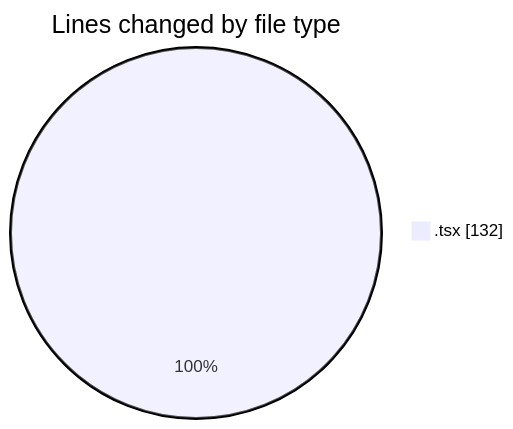
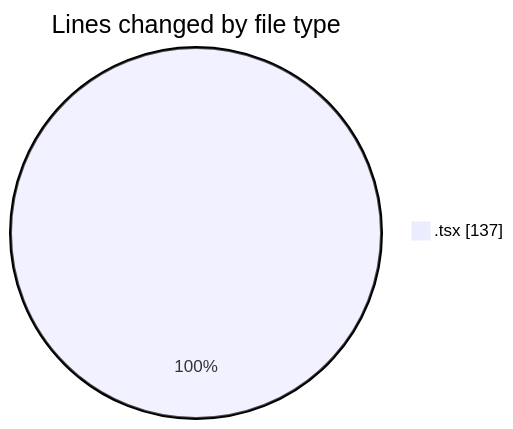
The first of 2 diagrams in 2025-10-10/eventscop-frontend-guide__workspace_/README.md (julien-gomy/code-tracking), drawn with Mermaid before and after one commit. The commit also changed other lines of this file and 1 other file, not shown here.

````diff
--- a/2025-10-10/eventscop-frontend-guide__workspace_/README.md
+++ b/2025-10-10/eventscop-frontend-guide__workspace_/README.md
@@ -21,5 +21,5 @@
 ```mermaid
 pie showData
 title Lines changed by file type
-".tsx" : 132
+".tsx" : 137
 ```
````
